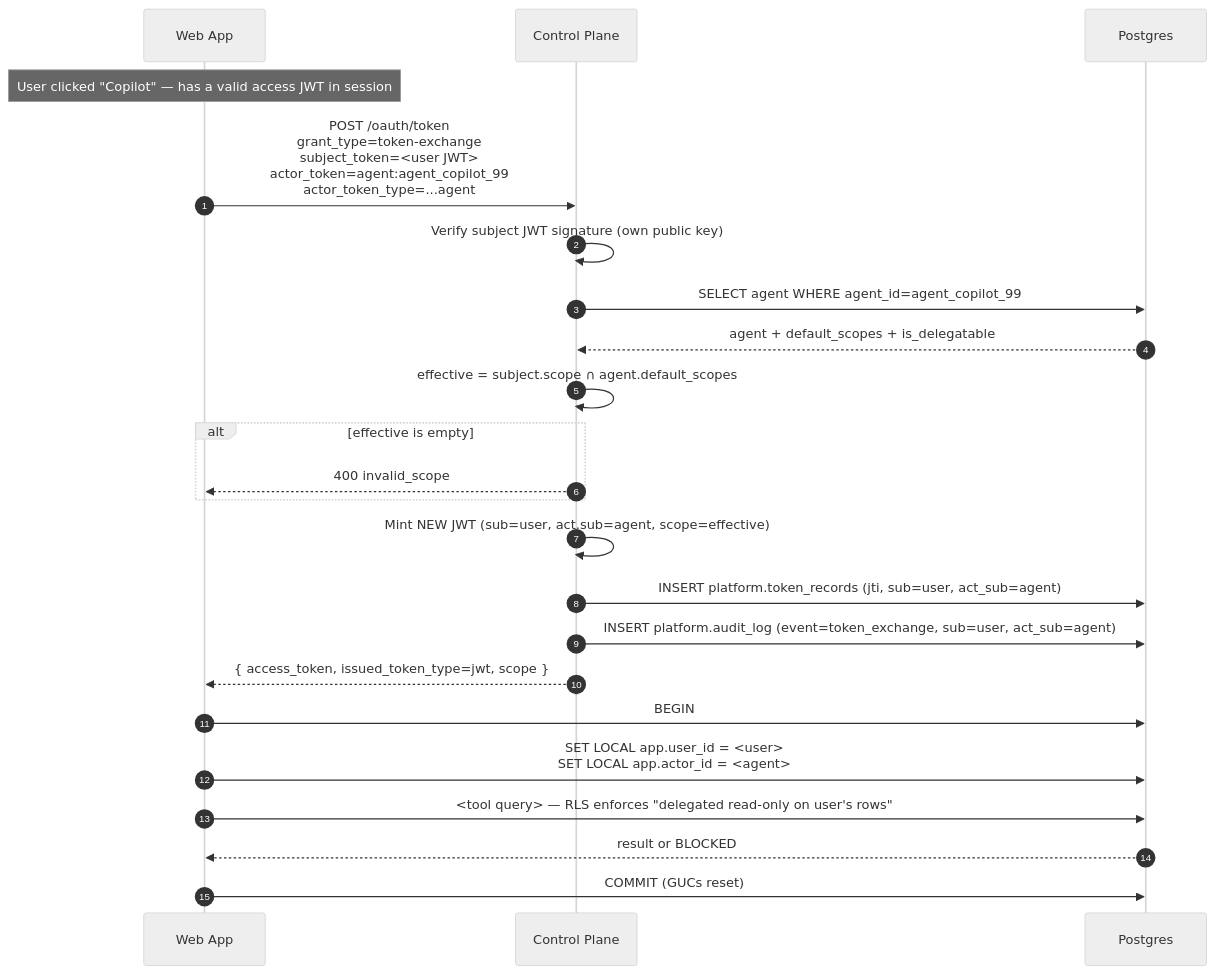
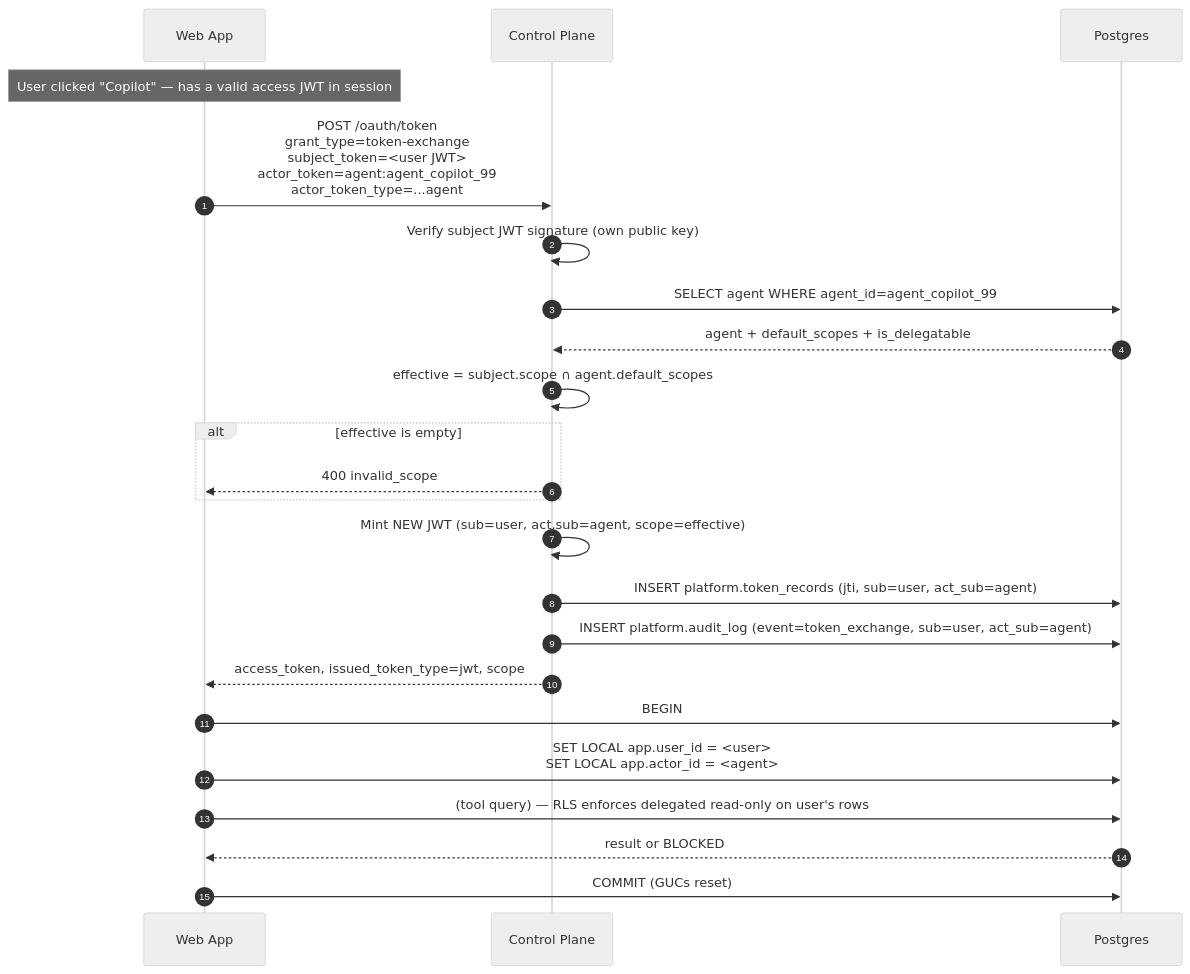
Before and after one commit to theRealMarkCastillo/identity-demo: the second of 6 diagrams in docs/ARCHITECTURE.md, drawn with Mermaid (neutral theme). The commit also changed other lines of this file, not shown here.

First line of the commit message:
Fix Mermaid parse errors in §7 sequence diagrams

````diff
--- a/docs/ARCHITECTURE.md
+++ b/docs/ARCHITECTURE.md
@@ -376,27 +376,27 @@
 ```mermaid
 sequenceDiagram
     autonumber
     participant W as Web App
     participant CP as Control Plane
     participant DB as Postgres
 
     Note over W: User clicked "Copilot" — has a valid access JWT in session
 
     W->>CP: POST /oauth/token<br/>grant_type=token-exchange<br/>subject_token=<user JWT><br/>actor_token=agent:agent_copilot_99<br/>actor_token_type=...agent
     CP->>CP: Verify subject JWT signature (own public key)
     CP->>DB: SELECT agent WHERE agent_id=agent_copilot_99
     DB-->>CP: agent + default_scopes + is_delegatable
     CP->>CP: effective = subject.scope ∩ agent.default_scopes
     alt effective is empty
         CP-->>W: 400 invalid_scope
     end
     CP->>CP: Mint NEW JWT (sub=user, act.sub=agent, scope=effective)
     CP->>DB: INSERT platform.token_records (jti, sub=user, act_sub=agent)
     CP->>DB: INSERT platform.audit_log (event=token_exchange, sub=user, act_sub=agent)
-    CP-->>W: { access_token, issued_token_type=jwt, scope }
+    CP-->>W: access_token, issued_token_type=jwt, scope
     W->>DB: BEGIN
     W->>DB: SET LOCAL app.user_id = <user><br/>SET LOCAL app.actor_id = <agent>
-    W->>DB: <tool query> — RLS enforces "delegated read-only on user's rows"
+    W->>DB: (tool query) — RLS enforces delegated read-only on user's rows
     DB-->>W: result or BLOCKED
     W->>DB: COMMIT (GUCs reset)
 ```
````
